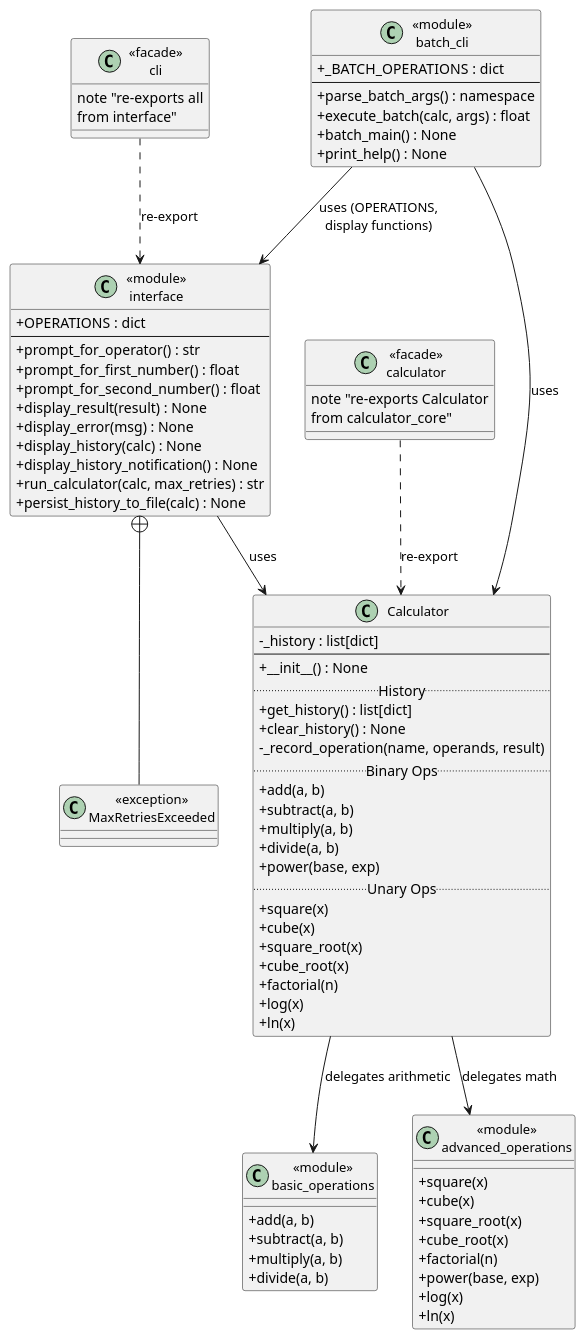
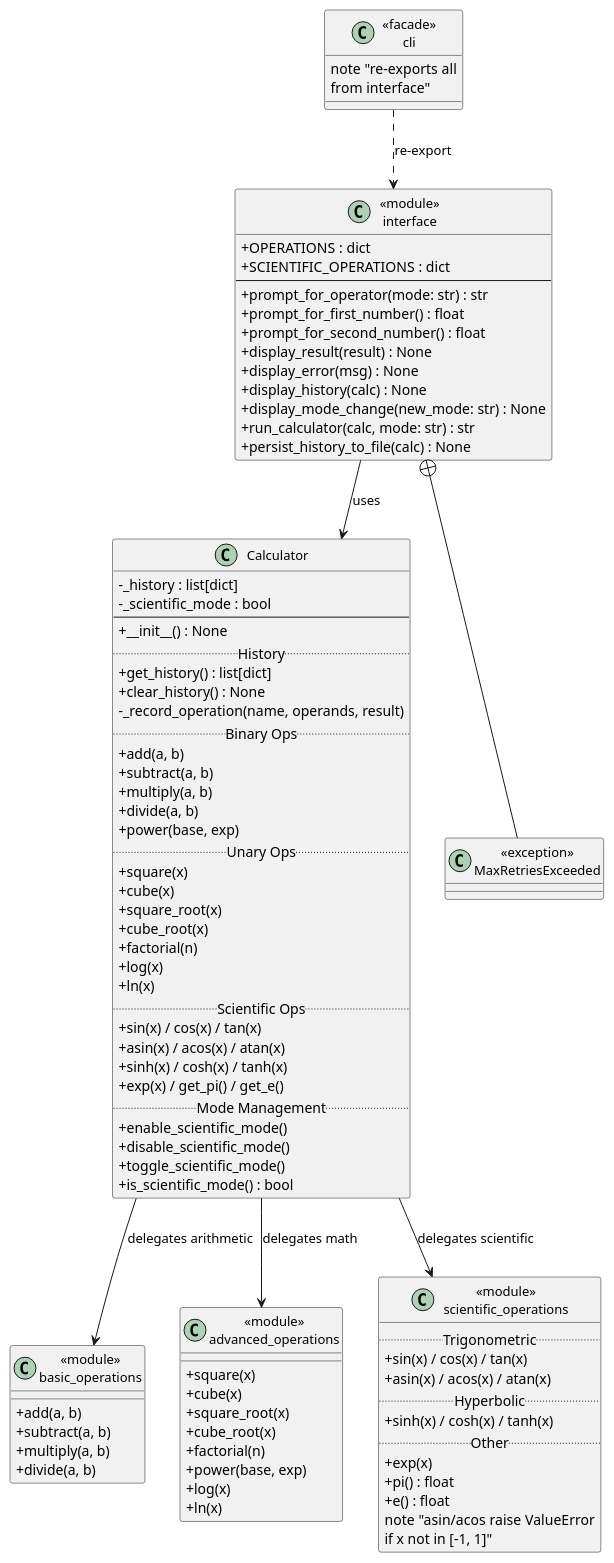
The diagram in artifacts/class_diagram_core.puml (DanielRiha8906/Calculator_bachelor_autoevolution_team), drawn with PlantUML before and after one commit. The commit also changed 4 other files, not shown here.

Commit message:
update diagrams for scientific mode (PR #457)

```diff
--- a/artifacts/class_diagram_core.puml
+++ b/artifacts/class_diagram_core.puml
@@ -1,95 +1,104 @@
 @startuml class_diagram_core
 
 skinparam classAttributeIconSize 0
 skinparam classFontSize 13
 skinparam packageFontSize 11
 
 class Calculator {
   - _history : list[dict]
+  - _scientific_mode : bool
   --
   + __init__() : None
   .. History ..
   + get_history() : list[dict]
   + clear_history() : None
   - _record_operation(name, operands, result)
   .. Binary Ops ..
   + add(a, b)
   + subtract(a, b)
   + multiply(a, b)
   + divide(a, b)
   + power(base, exp)
   .. Unary Ops ..
   + square(x)
   + cube(x)
   + square_root(x)
   + cube_root(x)
   + factorial(n)
   + log(x)
   + ln(x)
+  .. Scientific Ops ..
+  + sin(x) / cos(x) / tan(x)
+  + asin(x) / acos(x) / atan(x)
+  + sinh(x) / cosh(x) / tanh(x)
+  + exp(x) / get_pi() / get_e()
+  .. Mode Management ..
+  + enable_scientific_mode()
+  + disable_scientific_mode()
+  + toggle_scientific_mode()
+  + is_scientific_mode() : bool
 }
 
 class "«module»\nbasic_operations" as basic_ops {
   + add(a, b)
   + subtract(a, b)
   + multiply(a, b)
   + divide(a, b)
 }
 
 class "«module»\nadvanced_operations" as advanced_ops {
   + square(x)
   + cube(x)
   + square_root(x)
   + cube_root(x)
   + factorial(n)
   + power(base, exp)
   + log(x)
   + ln(x)
 }
 
+class "«module»\nscientific_operations" as sci_ops {
+  .. Trigonometric ..
+  + sin(x) / cos(x) / tan(x)
+  + asin(x) / acos(x) / atan(x)
+  .. Hyperbolic ..
+  + sinh(x) / cosh(x) / tanh(x)
+  .. Other ..
+  + exp(x)
+  + pi() : float
+  + e() : float
+  note "asin/acos raise ValueError\nif x not in [-1, 1]"
+}
+
 class "«module»\ninterface" as interface_mod {
   + OPERATIONS : dict
+  + SCIENTIFIC_OPERATIONS : dict
   --
-  + prompt_for_operator() : str
+  + prompt_for_operator(mode: str) : str
   + prompt_for_first_number() : float
   + prompt_for_second_number() : float
   + display_result(result) : None
   + display_error(msg) : None
   + display_history(calc) : None
-  + display_history_notification() : None
-  + run_calculator(calc, max_retries) : str
+  + display_mode_change(new_mode: str) : None
+  + run_calculator(calc, mode: str) : str
   + persist_history_to_file(calc) : None
 }
 
 class "«exception»\nMaxRetriesExceeded" as max_retries_exc {
-}
-
-class "«module»\nbatch_cli" as batch_cli_mod {
-  + _BATCH_OPERATIONS : dict
-  --
-  + parse_batch_args() : namespace
-  + execute_batch(calc, args) : float
-  + batch_main() : None
-  + print_help() : None
-}
-
-class "«facade»\ncalculator" as calc_facade {
-  note "re-exports Calculator\nfrom calculator_core"
 }
 
 class "«facade»\ncli" as cli_facade {
   note "re-exports all\nfrom interface"
 }
 
 Calculator --> basic_ops : delegates arithmetic
 Calculator --> advanced_ops : delegates math
+Calculator --> sci_ops : delegates scientific
 
 interface_mod --> Calculator : uses
 interface_mod +-- max_retries_exc
 
-batch_cli_mod --> Calculator : uses
-batch_cli_mod --> interface_mod : uses (OPERATIONS,\ndisplay functions)
-
-calc_facade ..> Calculator : re-export
 cli_facade ..> interface_mod : re-export
 
 @enduml
```
